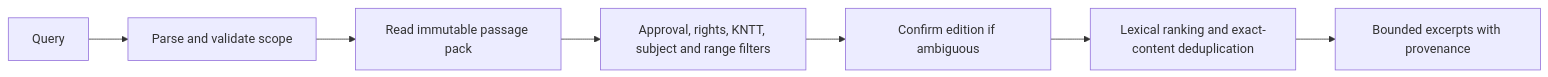
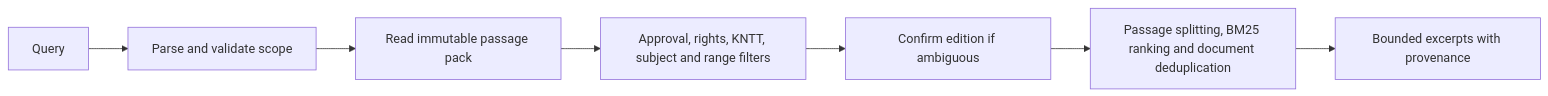
Before and after one commit to ndmhuy/ASTRA: the diagram in docs/rag-workflow.md, drawn with Mermaid. The commit also changed other lines of this file and 6 other files, not shown here.

````diff
--- a/docs/rag-workflow.md
+++ b/docs/rag-workflow.md
@@ -27,9 +98,9 @@
 ```mermaid
 flowchart LR
   A[Query] --> B[Parse and validate scope]
   B --> C[Read immutable passage pack]
   C --> D[Approval, rights, KNTT, subject and range filters]
   D --> E[Confirm edition if ambiguous]
-  E --> F[Lexical ranking and exact-content deduplication]
+  E --> F[Passage splitting, BM25 ranking and document deduplication]
   F --> G[Bounded excerpts with provenance]
 ```
````
